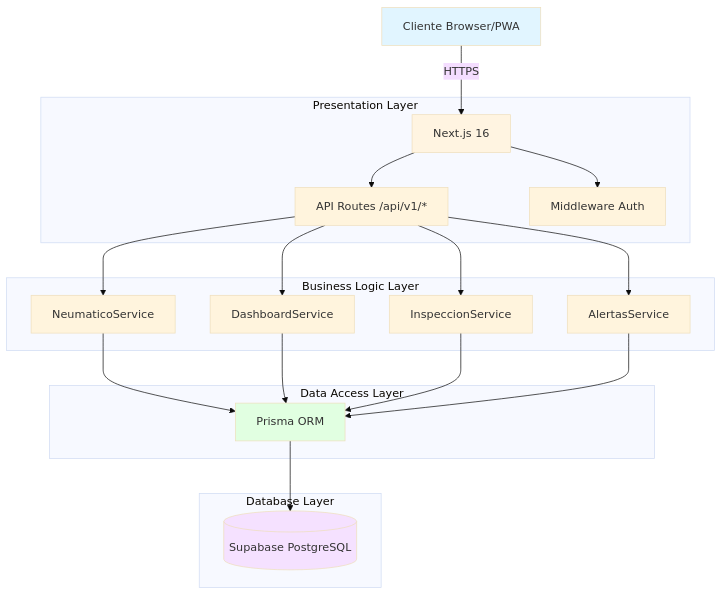
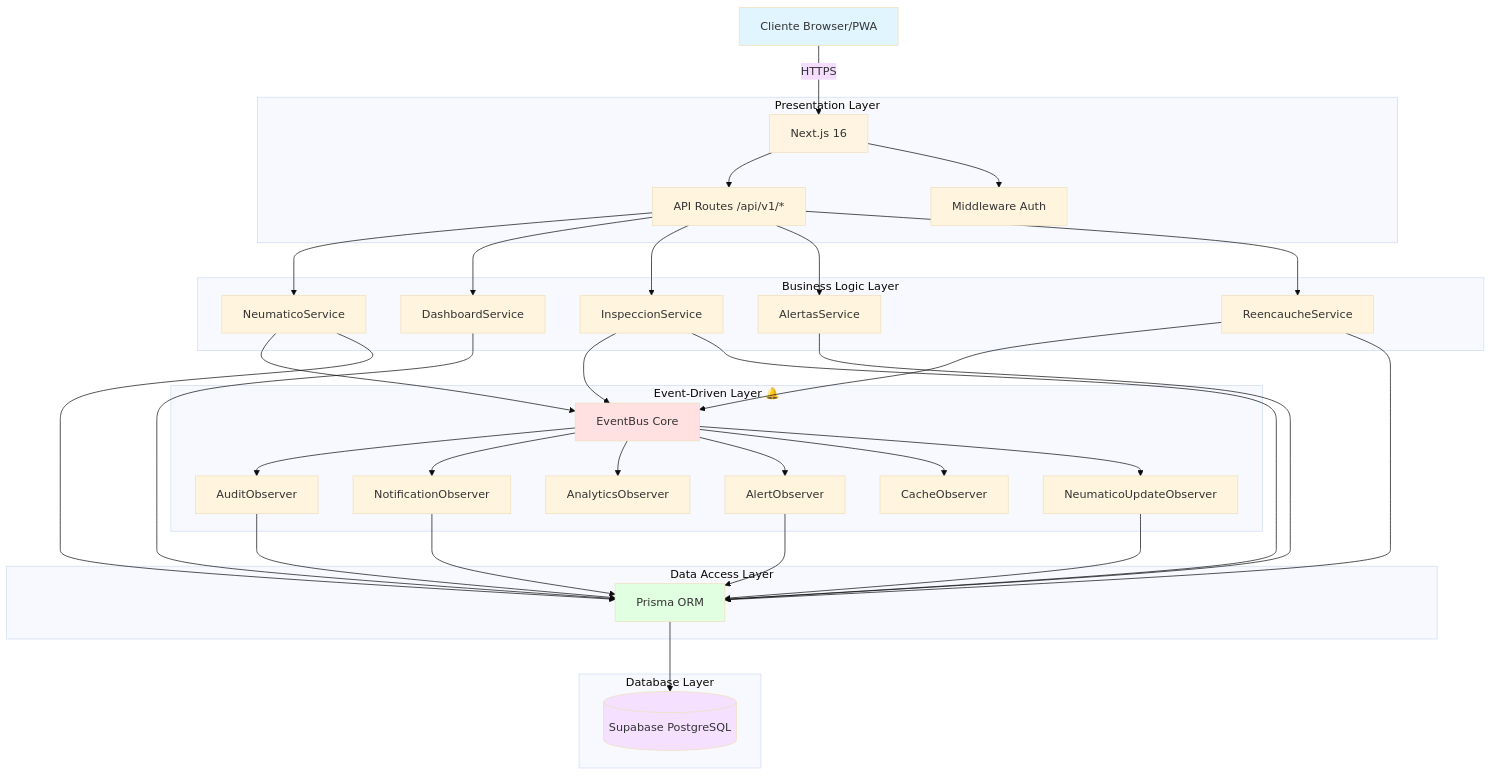
One commit to Mikisbell/gesneu_api changed the first of 2 diagrams in docs/01_ARQUITECTURA.md. Above: the diagram before and after it, drawn with Mermaid (base theme). The commit also changed other lines of this file and 336 other files, not shown here.

````diff
--- a/docs/01_ARQUITECTURA.md
+++ b/docs/01_ARQUITECTURA.md
@@ -23,32 +23,51 @@
 ```mermaid
 graph TD
     A[Cliente Browser/PWA] -->|HTTPS| B[Next.js 16]
     
     subgraph "Presentation Layer"
         B --> C[API Routes /api/v1/*]
         B --> D[Middleware Auth]
     end
     
     subgraph "Business Logic Layer"
         C --> E[NeumaticoService]
         C --> F[DashboardService]
         C --> G[InspeccionService]
         C --> H[AlertasService]
+        C --> R[ReencaucheService]
+    end
+    
+    subgraph "Event-Driven Layer 🔔"
+        E --> EB[EventBus Core]
+        G --> EB
+        R --> EB
+        EB --> O1[AuditObserver]
+        EB --> O2[NotificationObserver]
+        EB --> O3[AnalyticsObserver]
+        EB --> O4[AlertObserver]
+        EB --> O5[CacheObserver]
+        EB --> O6[NeumaticoUpdateObserver]
     end
     
     subgraph "Data Access Layer"
         E --> I[Prisma ORM]
         F --> I
         G --> I
         H --> I
+        R --> I
+        O1 --> I
+        O2 --> I
+        O4 --> I
+        O6 --> I
     end
     
     subgraph "Database Layer"
         I --> J[(Supabase PostgreSQL)]
     end
     
     style A fill:#e1f5ff
     style B fill:#fff4e1
+    style EB fill:#ffe1e1
     style I fill:#e1ffe1
     style J fill:#f5e1ff
 ```
````
